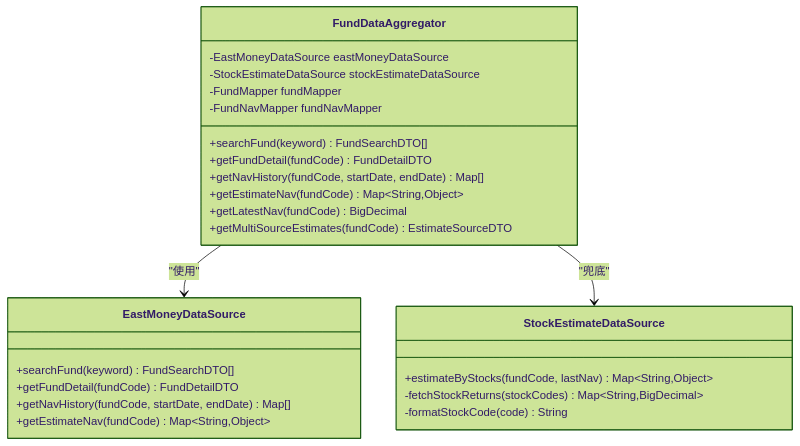
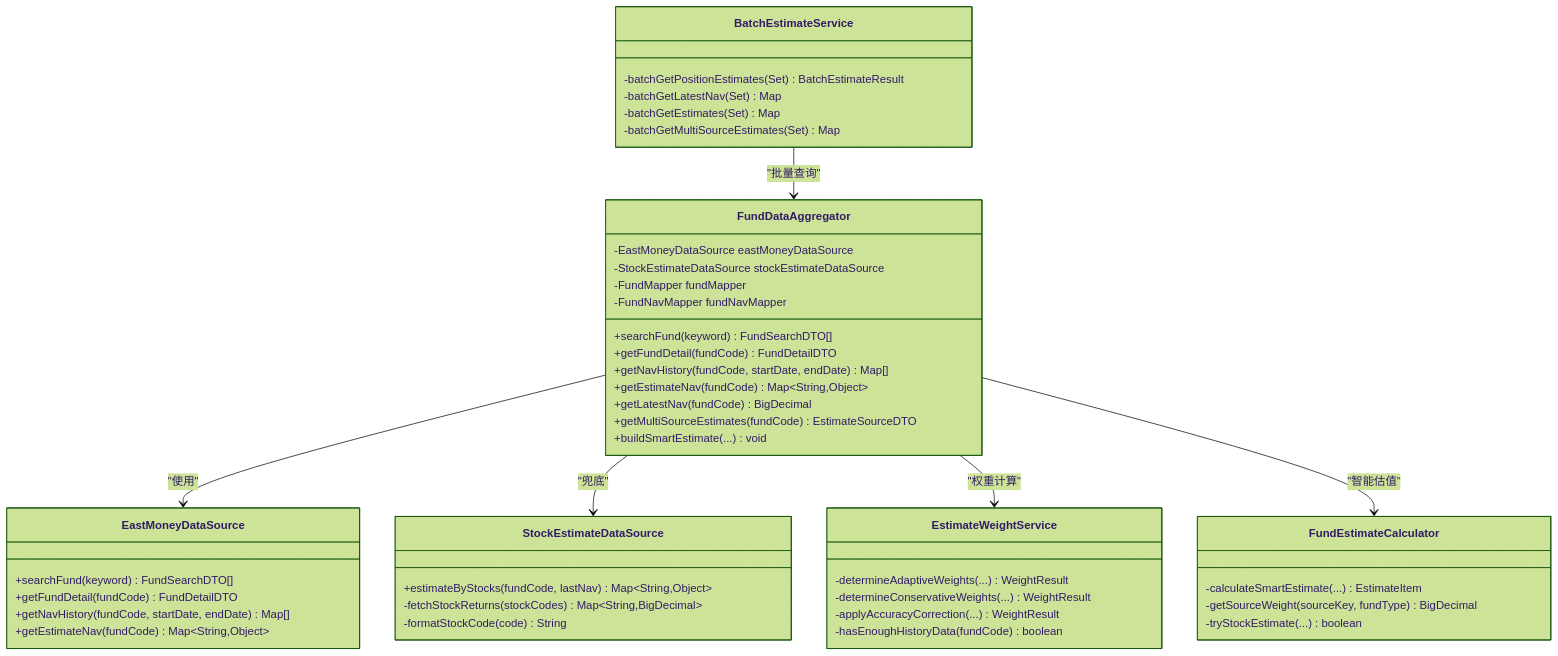
Before and after one commit to gree-coder/fund-butler: the second of 11 diagrams in .qoder/repowiki/zh/content/核心功能开发/实时市场数据可视化.md, drawn with Mermaid (forest theme). The commit also changed other lines of this file and 23 other files, not shown here.

````diff
--- a/.qoder/repowiki/zh/content/核心功能开发/实时市场数据可视化.md
+++ b/.qoder/repowiki/zh/content/核心功能开发/实时市场数据可视化.md
@@ -96,28 +115,49 @@
 ```mermaid
 classDiagram
 class FundDataAggregator {
 -EastMoneyDataSource eastMoneyDataSource
 -StockEstimateDataSource stockEstimateDataSource
 -FundMapper fundMapper
 -FundNavMapper fundNavMapper
 +searchFund(keyword) FundSearchDTO[]
 +getFundDetail(fundCode) FundDetailDTO
 +getNavHistory(fundCode, startDate, endDate) Map[]
 +getEstimateNav(fundCode) Map~String,Object~
 +getLatestNav(fundCode) BigDecimal
 +getMultiSourceEstimates(fundCode) EstimateSourceDTO
++buildSmartEstimate(...) void
 }
 class EastMoneyDataSource {
 +searchFund(keyword) FundSearchDTO[]
 +getFundDetail(fundCode) FundDetailDTO
 +getNavHistory(fundCode, startDate, endDate) Map[]
 +getEstimateNav(fundCode) Map~String,Object~
 }
 class StockEstimateDataSource {
 +estimateByStocks(fundCode, lastNav) Map~String,Object~
 -fetchStockReturns(stockCodes) Map~String,BigDecimal~
 -formatStockCode(code) String
 }
+class EstimateWeightService {
+-determineAdaptiveWeights(...) WeightResult
+-determineConservativeWeights(...) WeightResult
+-applyAccuracyCorrection(...) WeightResult
+-hasEnoughHistoryData(fundCode) boolean
+}
+class FundEstimateCalculator {
+-calculateSmartEstimate(...) EstimateItem
+-getSourceWeight(sourceKey, fundType) BigDecimal
+-tryStockEstimate(...) boolean
+}
+class BatchEstimateService {
+-batchGetPositionEstimates(Set) BatchEstimateResult
+-batchGetLatestNav(Set) Map
+-batchGetEstimates(Set) Map
+-batchGetMultiSourceEstimates(Set) Map
+}
 FundDataAggregator --> EastMoneyDataSource : "使用"
 FundDataAggregator --> StockEstimateDataSource : "兜底"
+FundDataAggregator --> EstimateWeightService : "权重计算"
+FundDataAggregator --> FundEstimateCalculator : "智能估值"
+BatchEstimateService --> FundDataAggregator : "批量查询"
 ```
````
